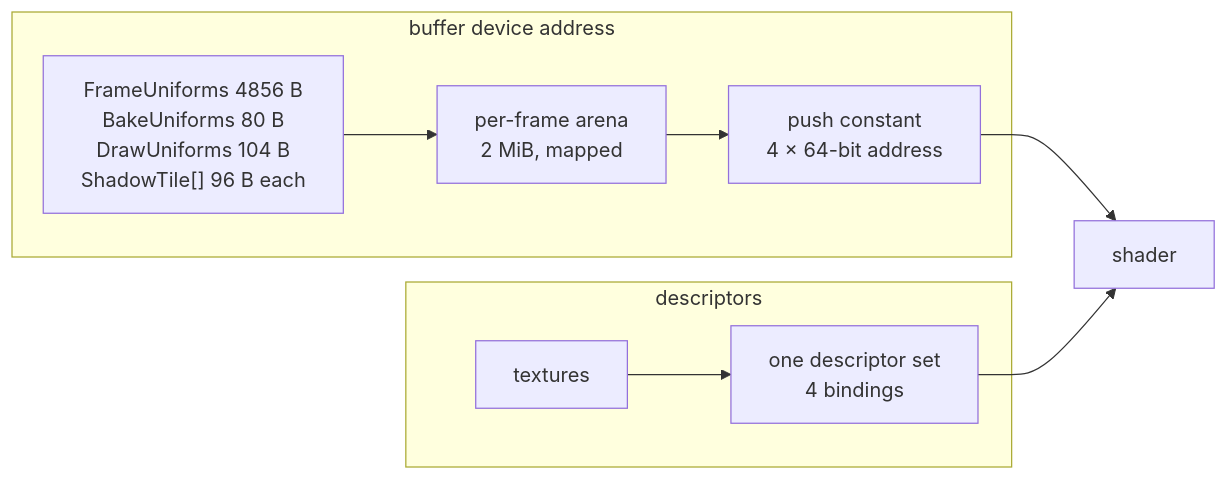
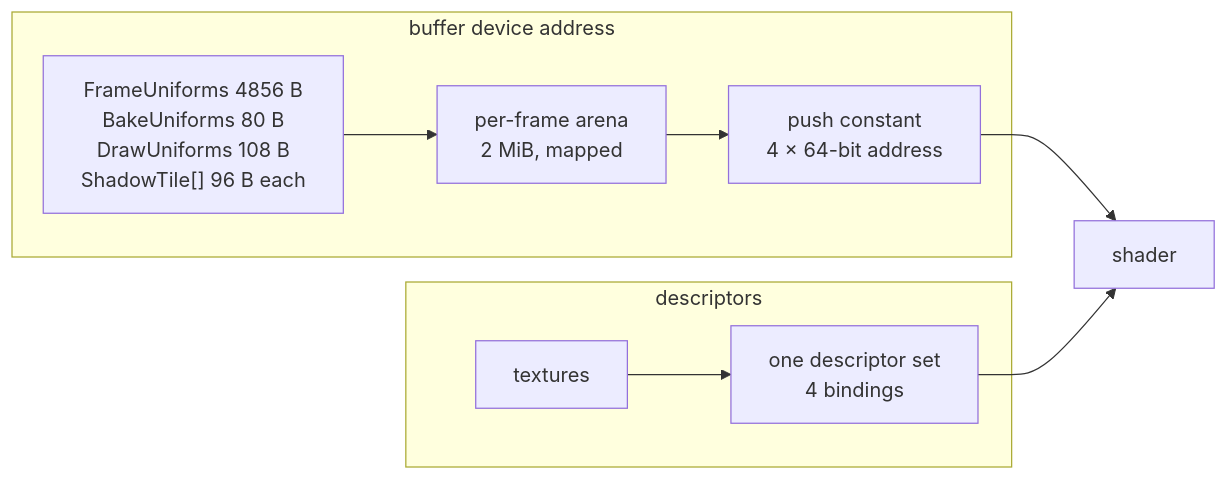
The diagram in notes/RENDERER.md (Zephyr75/overdrive), drawn with Mermaid before and after one commit. The commit also changed other lines of this file and 56 other files, not shown here.

````diff
--- a/notes/RENDERER.md
+++ b/notes/RENDERER.md
@@ -53,12 +53,12 @@
 ```mermaid
 graph LR
     subgraph BDA["buffer device address"]
-        U["FrameUniforms 4856 B<br/>BakeUniforms 80 B<br/>DrawUniforms 104 B<br/>ShadowTile[] 96 B each"] --> RG["per-frame arena<br/>2 MiB, mapped"]
+        U["FrameUniforms 4856 B<br/>BakeUniforms 80 B<br/>DrawUniforms 108 B<br/>ShadowTile[] 96 B each"] --> RG["per-frame arena<br/>2 MiB, mapped"]
         RG --> PC["push constant<br/>4 × 64-bit address"]
     end
     subgraph DESC["descriptors"]
         T["textures"] --> DS["one descriptor set<br/>4 bindings"]
     end
     PC --> SH["shader"]
     DS --> SH
 ```
````
